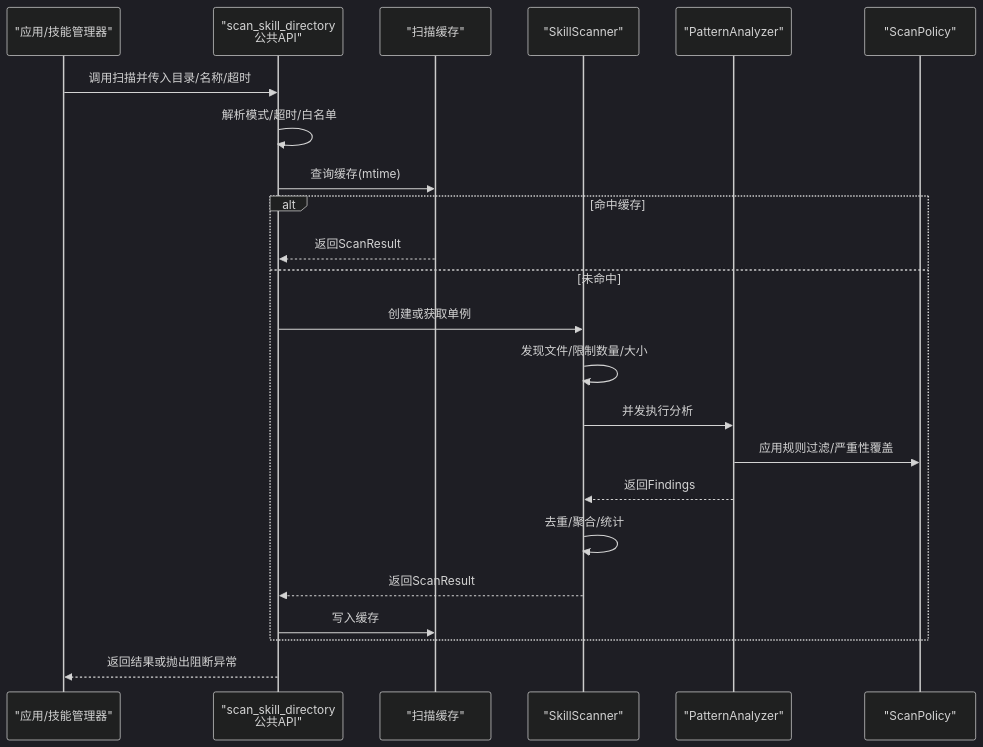
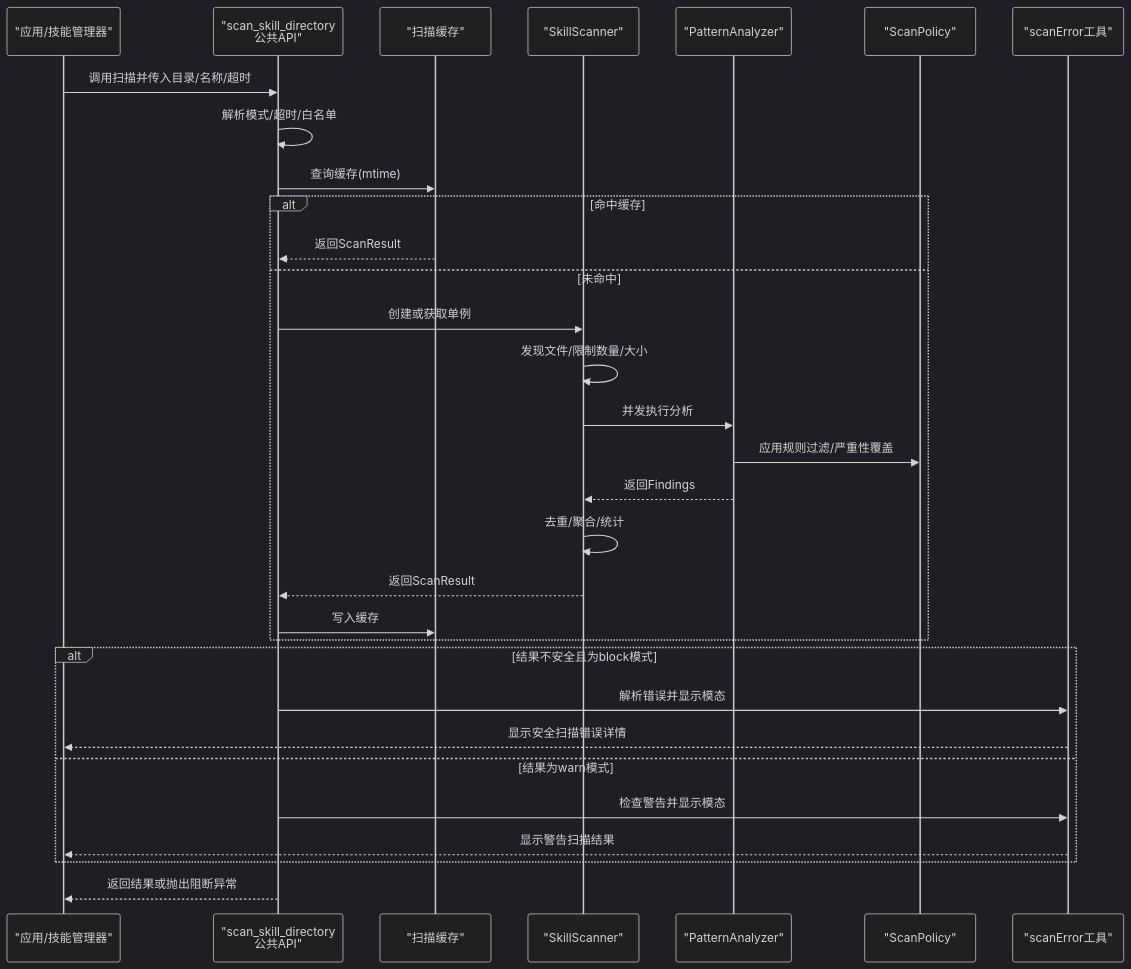
One commit to livehl/CoPaw changed the second of 6 diagrams in .qoder/repowiki/zh/content/后端核心模块/安全防护系统/技能扫描器.md. Above: the diagram before and after it, drawn with Mermaid (dark theme). The commit also changed other lines of this file and 12 other files, not shown here.

````diff
--- a/.qoder/repowiki/zh/content/后端核心模块/安全防护系统/技能扫描器.md
+++ b/.qoder/repowiki/zh/content/后端核心模块/安全防护系统/技能扫描器.md
@@ -94,25 +113,33 @@
 ```mermaid
 sequenceDiagram
 participant App as "应用/技能管理器"
 participant API as "scan_skill_directory<br/>公共API"
 participant Cache as "扫描缓存"
 participant Scanner as "SkillScanner"
 participant Analyzer as "PatternAnalyzer"
 participant Policy as "ScanPolicy"
+participant ErrorTool as "scanError工具"
 App->>API : 调用扫描并传入目录/名称/超时
 API->>API : 解析模式/超时/白名单
 API->>Cache : 查询缓存(mtime)
 alt 命中缓存
 Cache-->>API : 返回ScanResult
 else 未命中
 API->>Scanner : 创建或获取单例
 Scanner->>Scanner : 发现文件/限制数量/大小
 Scanner->>Analyzer : 并发执行分析
 Analyzer->>Policy : 应用规则过滤/严重性覆盖
 Analyzer-->>Scanner : 返回Findings
 Scanner->>Scanner : 去重/聚合/统计
 Scanner-->>API : 返回ScanResult
 API->>Cache : 写入缓存
 end
+alt 结果不安全且为block模式
+API->>ErrorTool : 解析错误并显示模态
+ErrorTool-->>App : 显示安全扫描错误详情
+else 结果为warn模式
+API->>ErrorTool : 检查警告并显示模态
+ErrorTool-->>App : 显示警告扫描结果
+end
 API-->>App : 返回结果或抛出阻断异常
 ```
````
